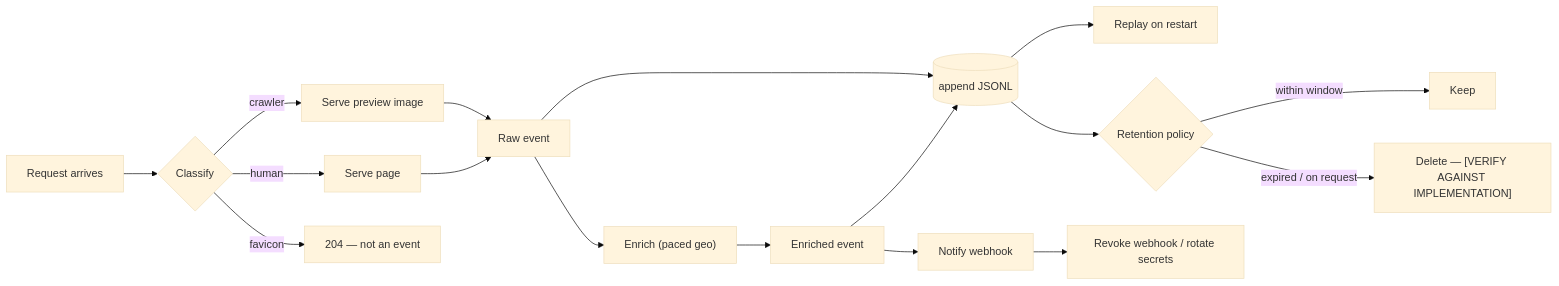
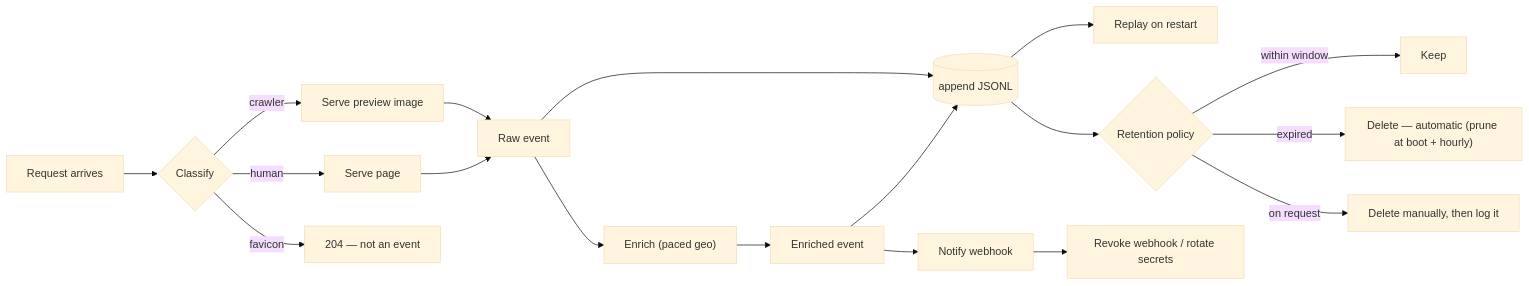
One commit to vyntrion/discord-image-logger-cybersecurity changed the fifth of 5 diagrams in docs/architecture.md. Above: the diagram before and after it, drawn with Mermaid (base theme). The commit also changed other lines of this file and 9 other files, not shown here.

````diff
--- a/docs/architecture.md
+++ b/docs/architecture.md
@@ -144,19 +144,20 @@
 ```mermaid
 flowchart LR
     IN["Request arrives"] --> CLASS{"Classify"}
     CLASS -->|crawler| PREVIEW["Serve preview image"]
     CLASS -->|human| PAGE["Serve page"]
     CLASS -->|favicon| DROP["204 — not an event"]
     PREVIEW --> RAW["Raw event"]
     PAGE --> RAW
     RAW --> ARCH[("append JSONL")]
     RAW --> ENRICH["Enrich (paced geo)"]
     ENRICH --> ENRICHED["Enriched event"]
     ENRICHED --> ARCH
     ENRICHED --> NOTIFY["Notify webhook"]
     ARCH --> RESTORE["Replay on restart"]
     ARCH --> RETAIN{"Retention policy"}
     RETAIN -->|"within window"| KEEP["Keep"]
-    RETAIN -->|"expired / on request"| DELETE["Delete — [VERIFY AGAINST IMPLEMENTATION]"]
+    RETAIN -->|"expired"| DELETE["Delete — automatic (prune at boot + hourly)"]
+    RETAIN -->|"on request"| MANUAL["Delete manually, then log it"]
     NOTIFY --> REVOKE["Revoke webhook / rotate secrets"]
 ```
````
